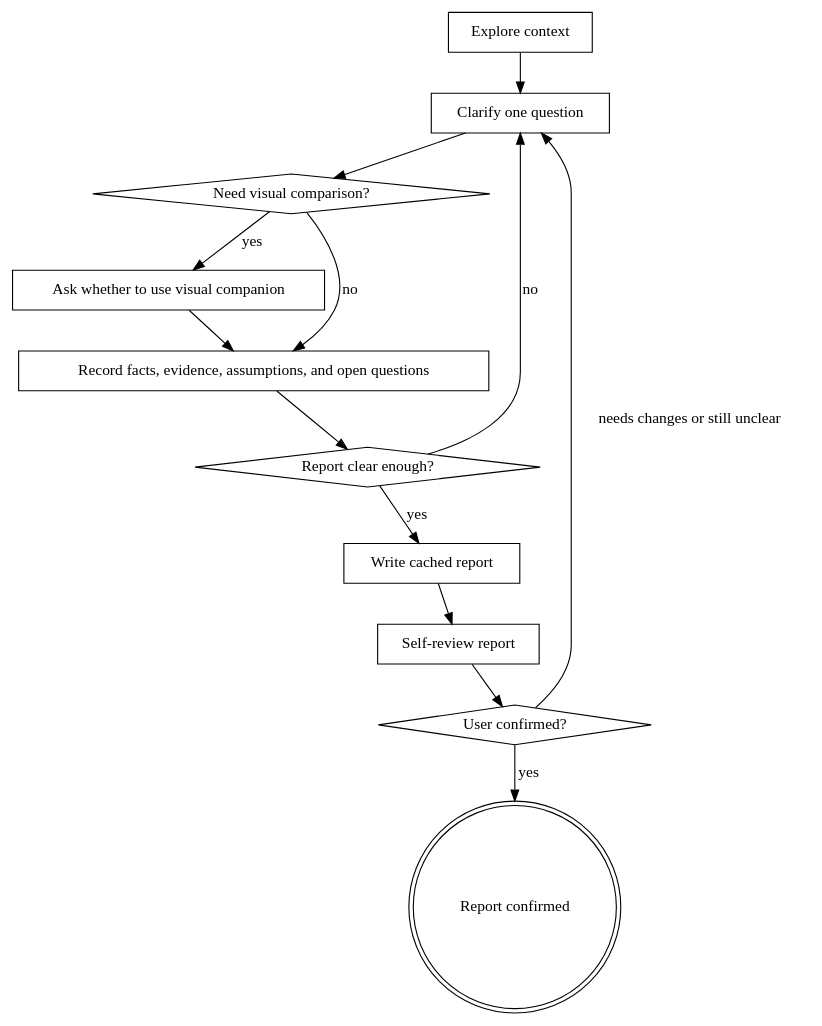
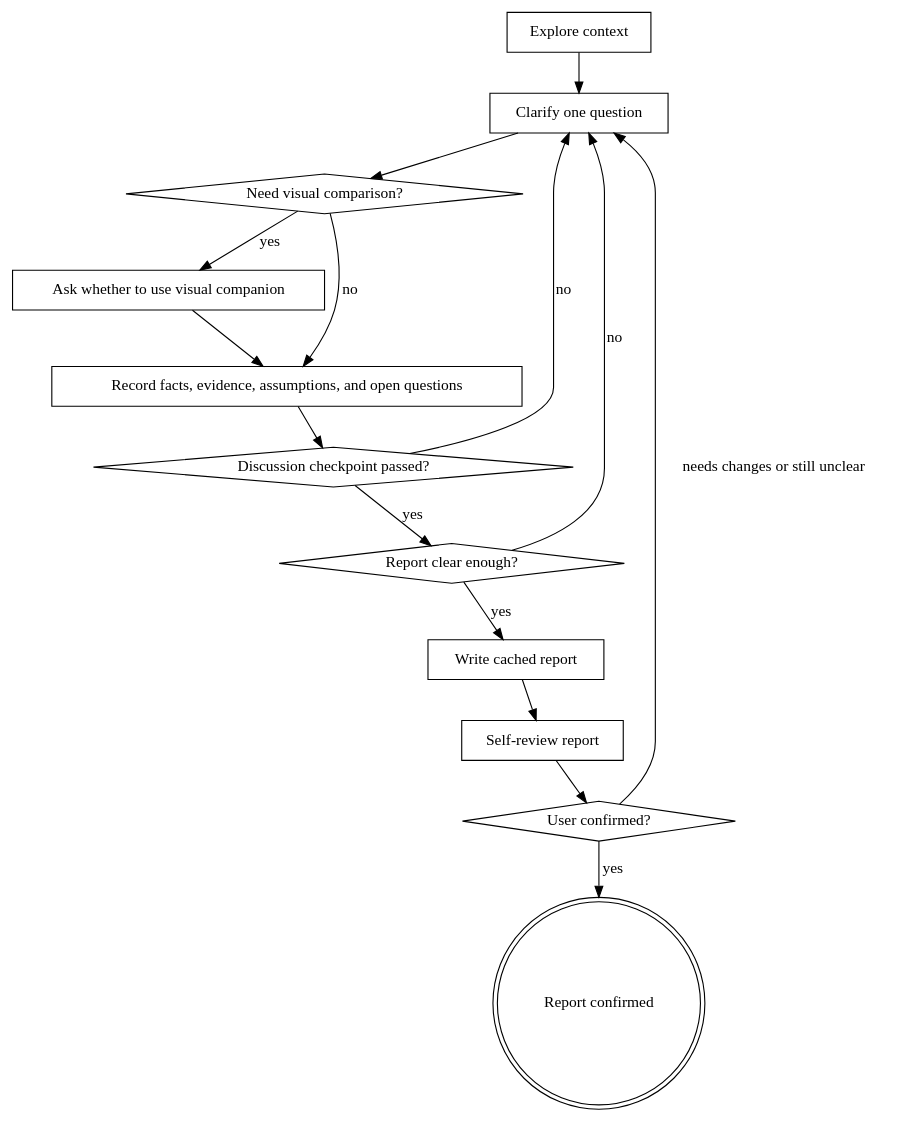
One commit to Aturan/skills changed the diagram in skills/brainstorming/SKILL.md. Above: the diagram before and after it, drawn with Graphviz. The commit also changed other lines of this file and 1 other file, not shown here.

````diff
--- a/skills/brainstorming/SKILL.md
+++ b/skills/brainstorming/SKILL.md
@@ -20,27 +26,30 @@
 ```dot
 digraph brainstorming {
     "Explore context" [shape=box];
     "Clarify one question" [shape=box];
     "Need visual comparison?" [shape=diamond];
     "Ask whether to use visual companion" [shape=box];
     "Record facts, evidence, assumptions, and open questions" [shape=box];
+    "Discussion checkpoint passed?" [shape=diamond];
     "Report clear enough?" [shape=diamond];
     "Write cached report" [shape=box];
     "Self-review report" [shape=box];
     "User confirmed?" [shape=diamond];
     "Report confirmed" [shape=doublecircle];
 
     "Explore context" -> "Clarify one question";
     "Clarify one question" -> "Need visual comparison?";
     "Need visual comparison?" -> "Ask whether to use visual companion" [label="yes"];
     "Need visual comparison?" -> "Record facts, evidence, assumptions, and open questions" [label="no"];
     "Ask whether to use visual companion" -> "Record facts, evidence, assumptions, and open questions";
-    "Record facts, evidence, assumptions, and open questions" -> "Report clear enough?";
+    "Record facts, evidence, assumptions, and open questions" -> "Discussion checkpoint passed?";
+    "Discussion checkpoint passed?" -> "Clarify one question" [label="no"];
+    "Discussion checkpoint passed?" -> "Report clear enough?" [label="yes"];
     "Report clear enough?" -> "Clarify one question" [label="no"];
     "Report clear enough?" -> "Write cached report" [label="yes"];
     "Write cached report" -> "Self-review report";
     "Self-review report" -> "User confirmed?";
     "User confirmed?" -> "Clarify one question" [label="needs changes or still unclear"];
     "User confirmed?" -> "Report confirmed" [label="yes"];
 }
 ```
````
